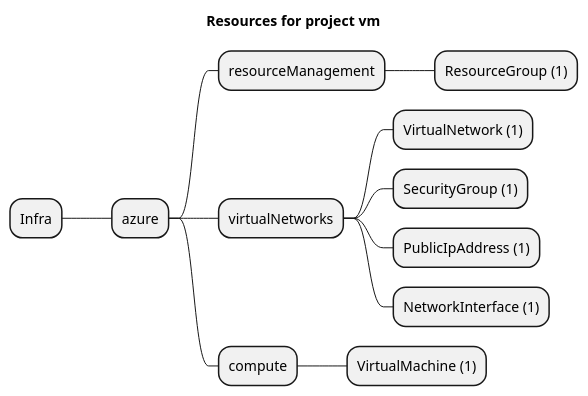
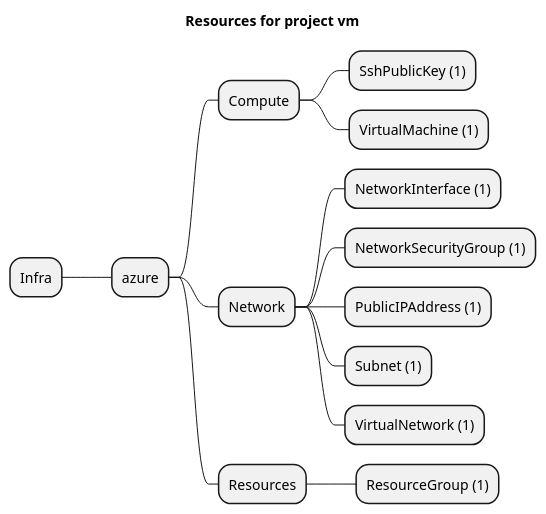
The diagram in artifacts/resources-mindmap.puml (FredericHeem/grucloud-azure-demo), drawn with PlantUML before and after one commit. The commit also changed 16 other files, not shown here.

```diff
--- a/artifacts/resources-mindmap.puml
+++ b/artifacts/resources-mindmap.puml
@@ -1,15 +1,17 @@
 @startmindmap
 title Resources for project vm
 skinparam monochrome true
 + Infra
 ++ azure
-+++ resourceManagement
++++ Compute
+++++ SshPublicKey (1)
+++++ VirtualMachine (1)
++++ Network
+++++ NetworkInterface (1)
+++++ NetworkSecurityGroup (1)
+++++ PublicIPAddress (1)
+++++ Subnet (1)
+++++ VirtualNetwork (1)
++++ Resources
 ++++ ResourceGroup (1)
-+++ virtualNetworks
-++++ VirtualNetwork (1)
-++++ SecurityGroup (1)
-++++ PublicIpAddress (1)
-++++ NetworkInterface (1)
-+++ compute
-++++ VirtualMachine (1)
 @endmindmap
```
